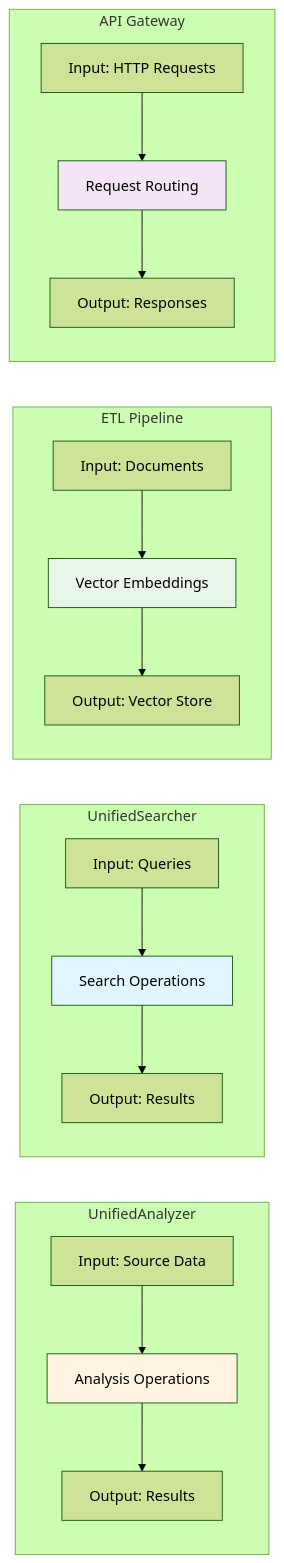
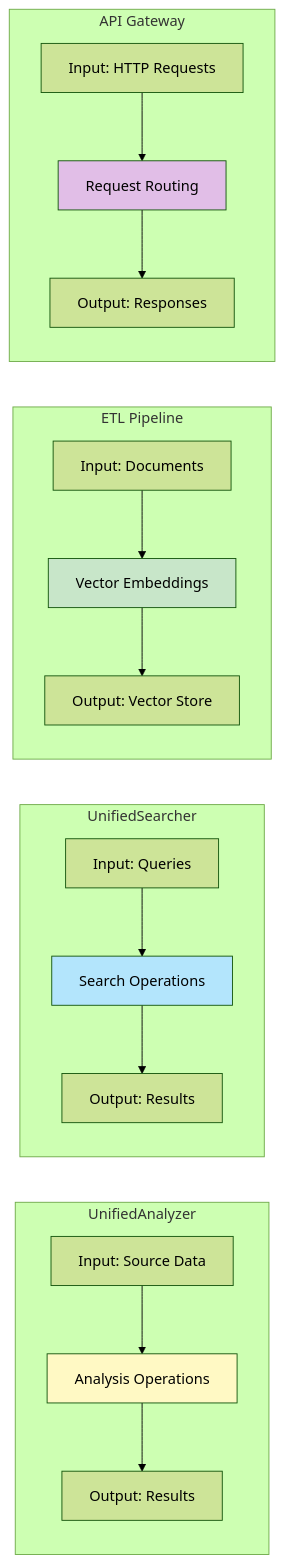
One commit to 1digitaldesign/kettler-data-analysis changed the third of 3 diagrams in docs/SYSTEM_ANALYST_GUIDE.md. Above: the diagram before and after it, drawn with Mermaid (forest theme). The commit also changed other lines of this file and 16 other files, not shown here.

First line of the commit message:
Refactor all diagrams with pastel color scheme and add new diagrams

````diff
--- a/docs/SYSTEM_ANALYST_GUIDE.md
+++ b/docs/SYSTEM_ANALYST_GUIDE.md
@@ -92,23 +92,23 @@
 ```mermaid
 graph LR
     subgraph "UnifiedAnalyzer"
         UA1[Input: Source Data] --> UA2[Analysis Operations] --> UA3[Output: Results]
     end
 
     subgraph "UnifiedSearcher"
         US1[Input: Queries] --> US2[Search Operations] --> US3[Output: Results]
     end
 
     subgraph "ETL Pipeline"
         ETL1[Input: Documents] --> ETL2[Vector Embeddings] --> ETL3[Output: Vector Store]
     end
 
     subgraph "API Gateway"
         AG1[Input: HTTP Requests] --> AG2[Request Routing] --> AG3[Output: Responses]
     end
 
-    style UA2 fill:#fff4e1
-    style US2 fill:#e1f5ff
-    style ETL2 fill:#e8f5e9
-    style AG2 fill:#f3e5f5
+    style UA2 fill:#FFF9C4
+    style US2 fill:#B3E5FC
+    style ETL2 fill:#C8E6C9
+    style AG2 fill:#E1BEE7
 ```
````
